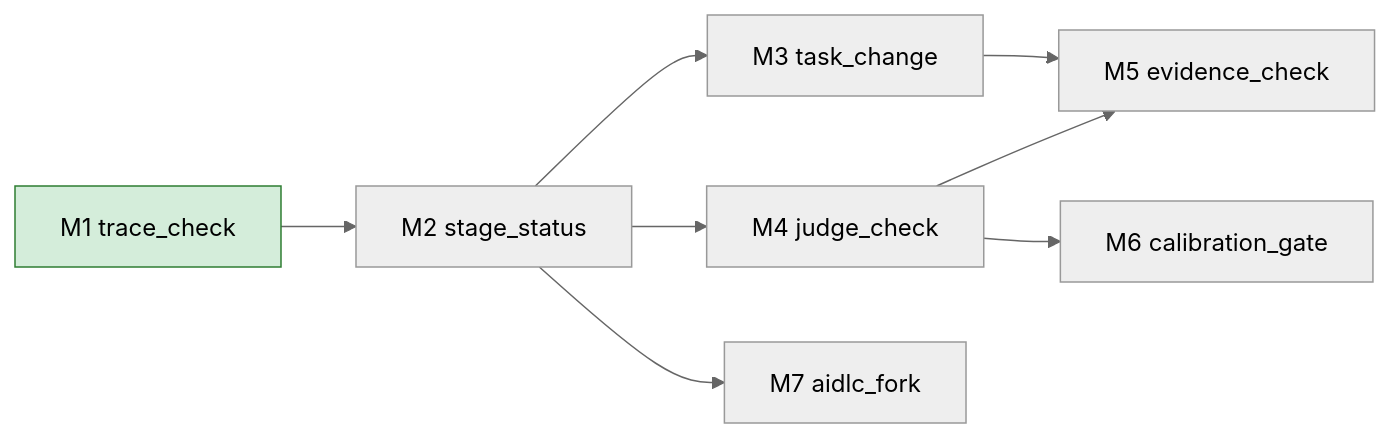
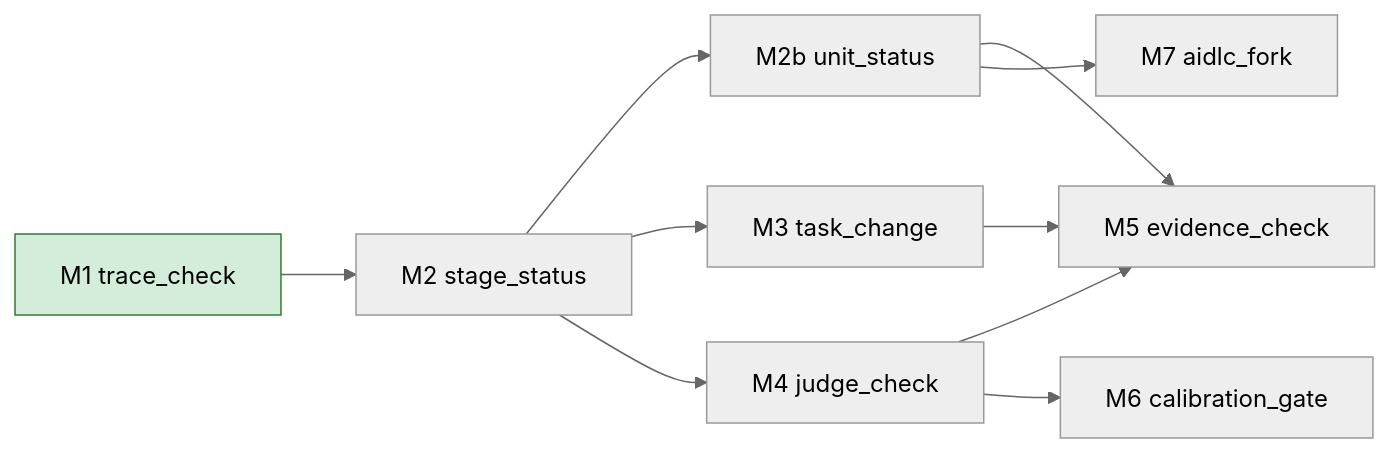
The diagram in docs/design/03-implementation-plan.md (nullrul/earnest), drawn with Mermaid (neutral theme) before and after one commit. The commit also changed other lines of this file and 4 other files, not shown here.

Commit message:
docs: ratify the stage_status design and add the unit_status milestone

````diff
--- a/docs/design/03-implementation-plan.md
+++ b/docs/design/03-implementation-plan.md
@@ -15,12 +15,14 @@
 ```mermaid
 flowchart LR
   M1["M1 trace_check"] --> M2["M2 stage_status"]
+  M2 --> M2b["M2b unit_status"]
   M2 --> M3["M3 task_change"]
   M2 --> M4["M4 judge_check"]
-  M2 --> M7["M7 aidlc_fork"]
-  M3 --> M5["M5 evidence_check"]
+  M2b --> M5["M5 evidence_check"]
+  M2b --> M7["M7 aidlc_fork"]
+  M3 --> M5
   M4 --> M5
   M4 --> M6["M6 calibration_gate"]
   classDef done fill:#d4edda,stroke:#2e7d32
   class M1 done
 ```
````
